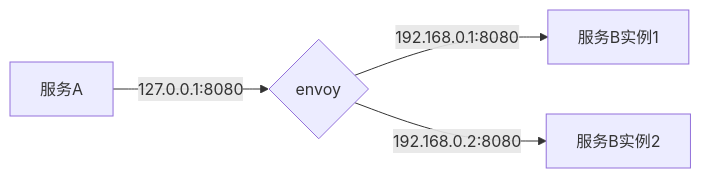
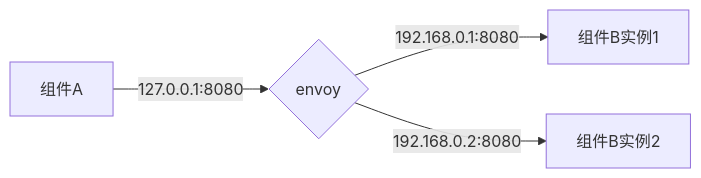
The diagram in content/user-manual/app-service-manage/service-rely.md (goodrain/rainbond-docs), drawn with Mermaid before and after one commit. The commit also changed other lines of this file and 37 other files, not shown here.

```diff
--- a/content/user-manual/app-service-manage/service-rely.md
+++ b/content/user-manual/app-service-manage/service-rely.md
@@ -24,6 +24,6 @@
 {{<mermaid align="center">}}
 graph LR;
-A[服务A]  -->|127.0.0.1:8080 | C{envoy}
-C -->|192.168.0.1:8080 | D[服务B实例1]
-C -->|192.168.0.2:8080 | E[服务B实例2]
+A[组件A]  -->|127.0.0.1:8080 | C{envoy}
+C -->|192.168.0.1:8080 | D[组件B实例1]
+C -->|192.168.0.2:8080 | E[组件B实例2]
 {{< /mermaid >}}
```
